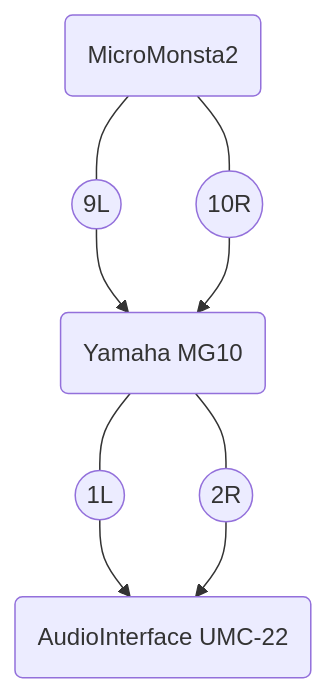
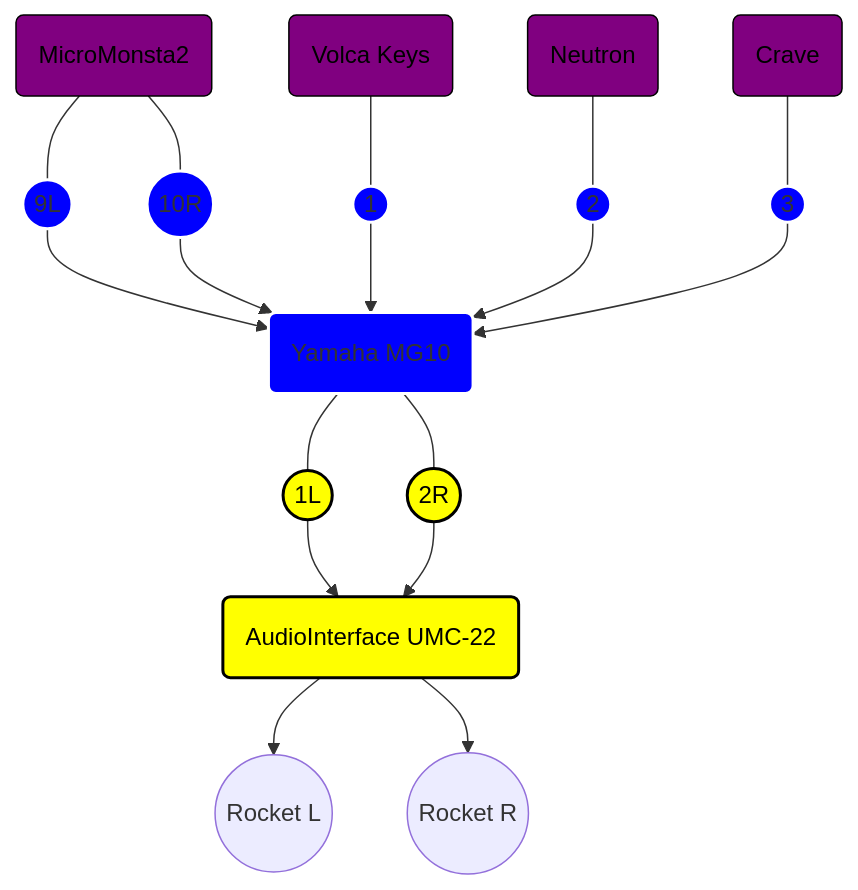
The diagram in audio-routing.md (toraudio/studiosetup), drawn with Mermaid before and after one commit.

````diff
--- a/audio-routing.md
+++ b/audio-routing.md
@@ -3,7 +3,16 @@
 ```mermaid
-graph TD; 
-A(Yamaha MG10) --- slot1((1L)) --> Z(AudioInterface UMC-22);
-A(Yamaha MG10) --- slot2((2R)) --> Z(AudioInterface UMC-22);
-B(MicroMonsta2) --- slot9((9L)) --> A(Yamaha MG10);
-B(MicroMonsta2) --- slot10((10R)) --> A(Yamaha MG10);
+graph TD;
+classDef mixerclass fill:blue,stroke:white,stroke-width:2px;
+classDef synthclass fill:purple,stroke:black,stroke-width:1px,color:black;
+classDef soundclass fill:yellow,stroke:black,stroke-width:2px,color:black;
+
+B(MicroMonsta2):::synthclass --- slotm9((9L)):::mixerclass --> A(Yamaha MG10);
+B(MicroMonsta2) --- slotm10((10R)):::mixerclass --> A(Yamaha MG10);
+C(Volca Keys):::synthclass --- slotm1((1)):::mixerclass --> A(Yamaha MG10);
+D(Neutron):::synthclass --- slotm2((2)):::mixerclass --> A(Yamaha MG10);
+E(Crave):::synthclass --- slotm3((3)):::mixerclass --> A(Yamaha MG10);
+A(Yamaha MG10):::mixerclass --- slot1((1L)):::soundclass --> Z(AudioInterface UMC-22):::soundclass;
+A(Yamaha MG10) --- slot2((2R)):::soundclass --> Z(AudioInterface UMC-22);
+Z(AudioInterface UMC-22) --> mon1((Rocket L));
+Z(AudioInterface UMC-22) --> mon2((Rocket R));
 ``` 
````
